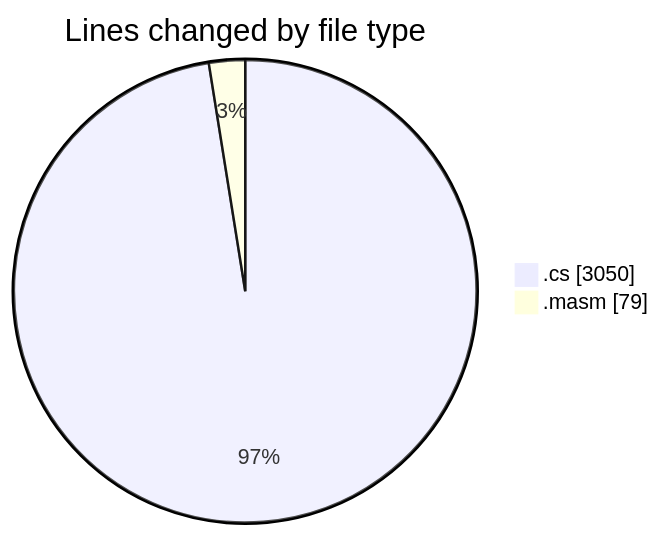
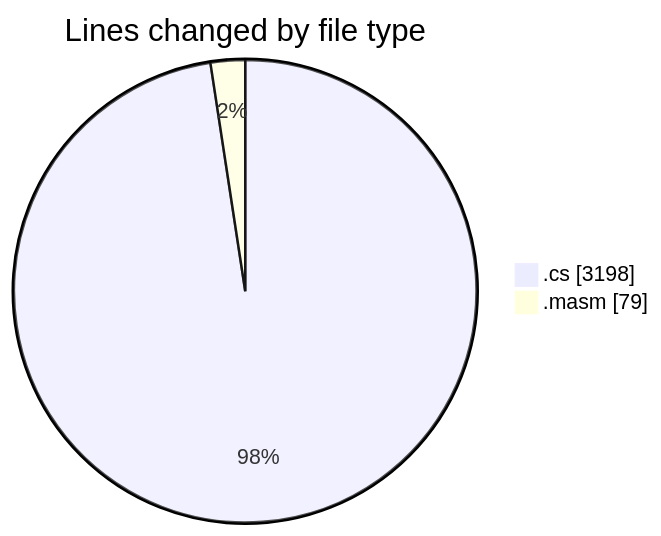
Before and after one commit to charlie-sans/code-tracking: the first of 2 diagrams in 2025-03-17/sharpmasm/README.md, drawn with Mermaid. The commit also changed other lines of this file and 1 other file, not shown here.

````diff
--- a/2025-03-17/sharpmasm/README.md
+++ b/2025-03-17/sharpmasm/README.md
@@ -26,6 +26,6 @@
 ```mermaid
 pie showData
 title Lines changed by file type
-".cs" : 3050
+".cs" : 3198
 ".masm" : 79
 ```
````
